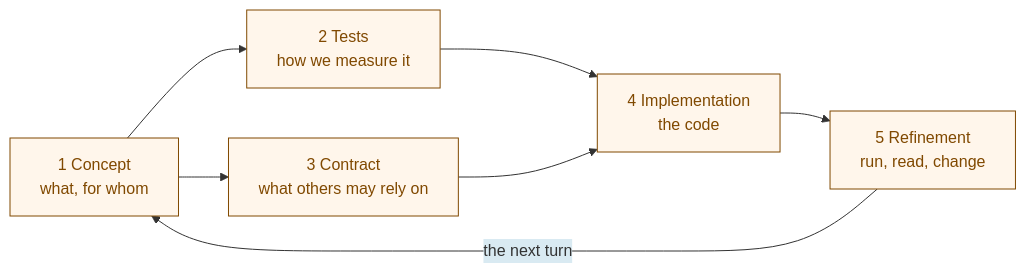
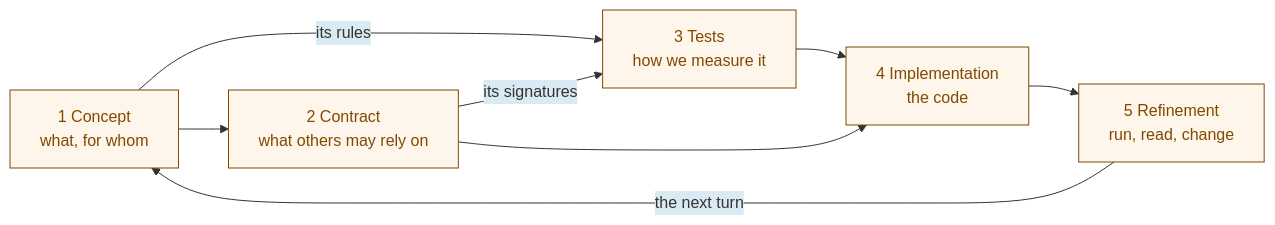
One commit to tiet-ucs503/bug-bounty changed the diagram in docs/conduct/the-cycle/README.md. Above: the diagram before and after it, drawn with Mermaid. The commit also changed other lines of this file and 14 other files, not shown here.

First line of the commit message:
The cycle: concept, contract, tests

````diff
--- a/docs/conduct/the-cycle/README.md
+++ b/docs/conduct/the-cycle/README.md
@@ -33,22 +33,23 @@
 ``` mermaid
 ---
 config:
   themeVariables:
     edgeLabelBackground: "#d9eaf2"
   themeCSS: ".edgeLabel, .edgeLabel p, .labelBkg { background-color: #d9eaf2 !important; color: #5c7a8a !important; }"
 ---
 flowchart LR
   C["1 Concept<br/>what, for whom"]
-  T["2 Tests<br/>how we measure it"]
-  K["3 Contract<br/>what others may rely on"]
+  K["2 Contract<br/>what others may rely on"]
+  T["3 Tests<br/>how we measure it"]
   I["4 Implementation<br/>the code"]
   R["5 Refinement<br/>run, read, change"]
-  C --> T
   C --> K
+  C -->|"its rules"| T
+  K -->|"its signatures"| T
   T --> I
   K --> I
   I --> R
   R -->|"the next turn"| C
   classDef step fill:#fff6eb,stroke:#804900,color:#804900
-  class C,T,K,I,R step
+  class C,K,T,I,R step
 ```
````
